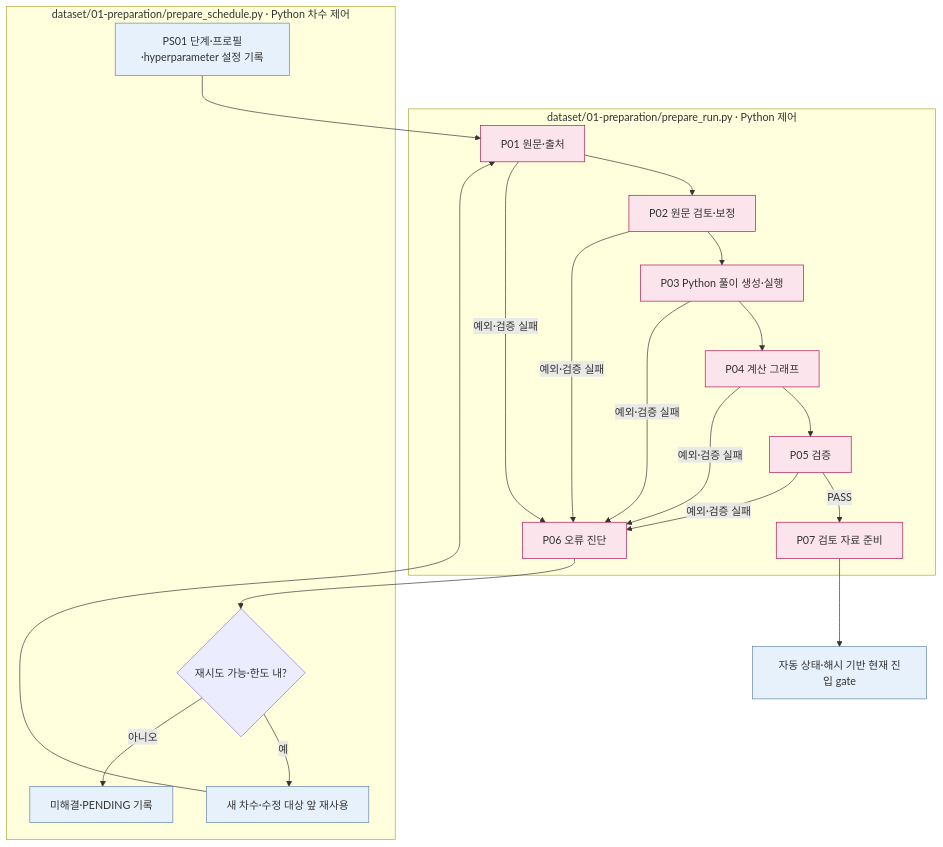
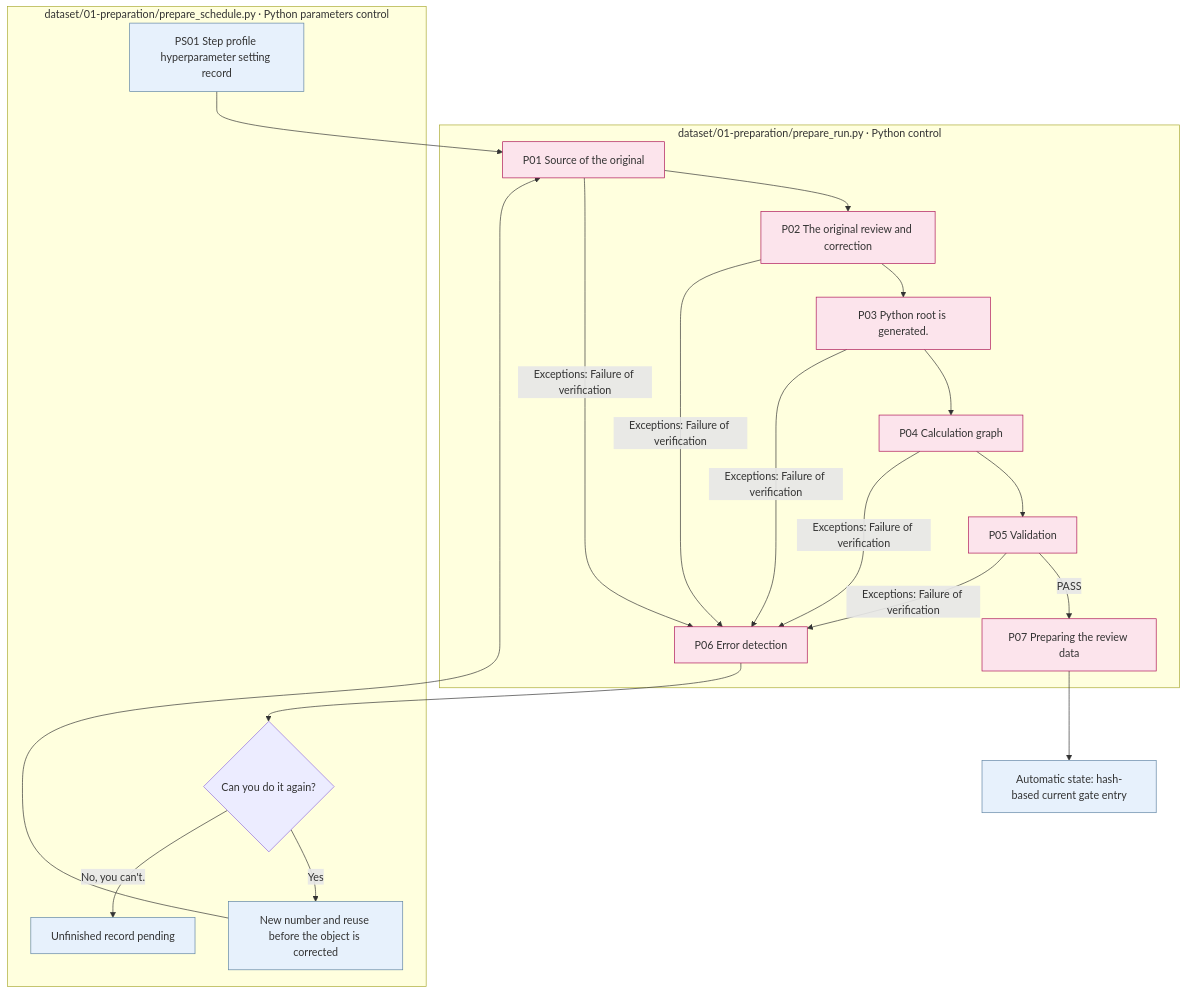
One commit to pnu-clink/finject changed the diagram in src/finarch/documentation/templates/preparation.md. Above: the diagram before and after it, drawn with Mermaid. The commit also changed other lines of this file and 644 other files, not shown here.

````diff
--- a/src/finarch/documentation/templates/preparation.md
+++ b/src/finarch/documentation/templates/preparation.md
@@ -32,28 +32,28 @@
 ```mermaid
 flowchart TD
- subgraph R["dataset/01-preparation/prepare_run.py · Python 제어"]
-  P1["P01 원문·출처"] --> P2["P02 원문 검토·보정"] --> P3["P03 Python 풀이 생성·실행"]
-  P3 --> P4["P04 계산 그래프"] --> P5["P05 검증"]
-  P5 -->|PASS| P7["P07 검토 자료 준비"]
-  P1 & P2 & P3 & P4 & P5 -->|예외·검증 실패| P6["P06 오류 진단"]
+ subgraph R["dataset/01-preparation/prepare_run.py · Python control"]
+  P1["P01 Source of the original"] --> P2["P02 The original review and correction"] --> P3["P03 Python root is generated."]
+  P3 --> P4["P04 Calculation graph"] --> P5["P05 Validation"]
+  P5 -->|PASS| P7["P07 Preparing the review data"]
+  P1 & P2 & P3 & P4 & P5 -->|Exceptions: Failure of verification| P6["P06 Error detection"]
  end
- subgraph S["dataset/01-preparation/prepare_schedule.py · Python 차수 제어"]
-  PS1["PS01 단계·프로필·hyperparameter 설정 기록"] --> P1
-  P6 --> C{"재시도 가능·한도 내?"}
-  C -->|예| N["새 차수·수정 대상 앞 재사용"]
+ subgraph S["dataset/01-preparation/prepare_schedule.py · Python parameters control"]
+  PS1["PS01 Step profile hyperparameter setting record"] --> P1
+  P6 --> C{"Can you do it again?"}
+  C -->|Yes| N["New number and reuse before the object is corrected"]
   N --> P1
-  C -->|아니오| U["미해결·PENDING 기록"]
+  C -->|No, you can't.| U["Unfinished record pending"]
  end
- P7 --> G["자동 상태·해시 기반 현재 진입 gate"]
+ P7 --> G["Automatic state: hash-based current gate entry"]
  classDef file fill:#e7f1fc,stroke:#6084a4;
  classDef detail fill:#fce4ec,stroke:#ad1457;
  class P1,P2,P3,P4,P5,P6,P7 detail;
  class PS1,N,U,G file;
  click P1 "01-source/README.md"
  click P2 "02-review/README.md"
  click P3 "03-calculation/README.md"
  click P4 "04-graph/README.md"
  click P5 "05-verification/README.md"
  click P6 "06-exception-handler/README.md"
  click P7 "07-human-review/README.md"
 ```
````
